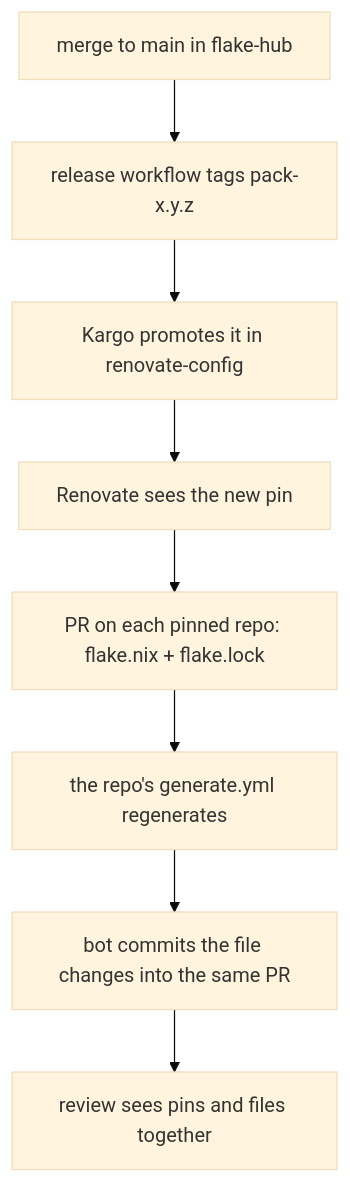
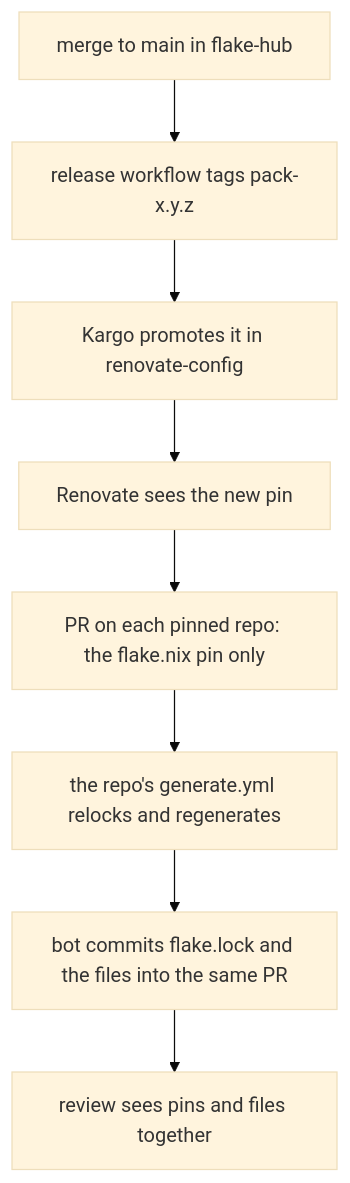
The diagram in docs/src/concepts/propagation.md (Fomiller/flake-hub), drawn with Mermaid (base theme) before and after one commit. The commit also changed other lines of this file and 12 other files, not shown here.

````diff
--- a/docs/src/concepts/propagation.md
+++ b/docs/src/concepts/propagation.md
@@ -5,10 +5,10 @@
 ```mermaid
 flowchart TD
     A[merge to main in flake-hub] --> B[release workflow tags pack-x.y.z]
     B --> C[Kargo promotes it in renovate-config]
     C --> C2[Renovate sees the new pin]
-    C2 --> D[PR on each pinned repo: flake.nix + flake.lock]
-    D --> E[the repo's generate.yml regenerates]
-    E --> F[bot commits the file changes into the same PR]
+    C2 --> D[PR on each pinned repo: the flake.nix pin only]
+    D --> E[the repo's generate.yml relocks and regenerates]
+    E --> F[bot commits flake.lock and the files into the same PR]
     F --> G[review sees pins and files together]
 ```
````
